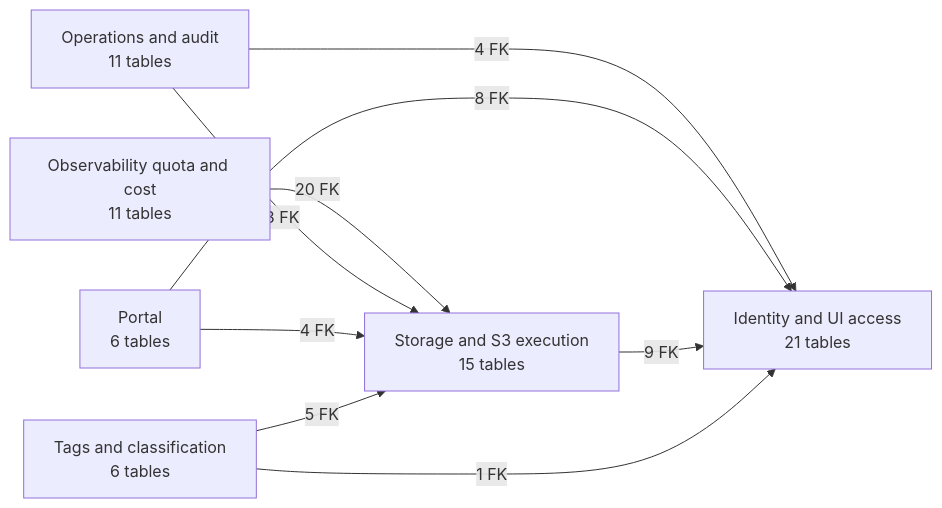
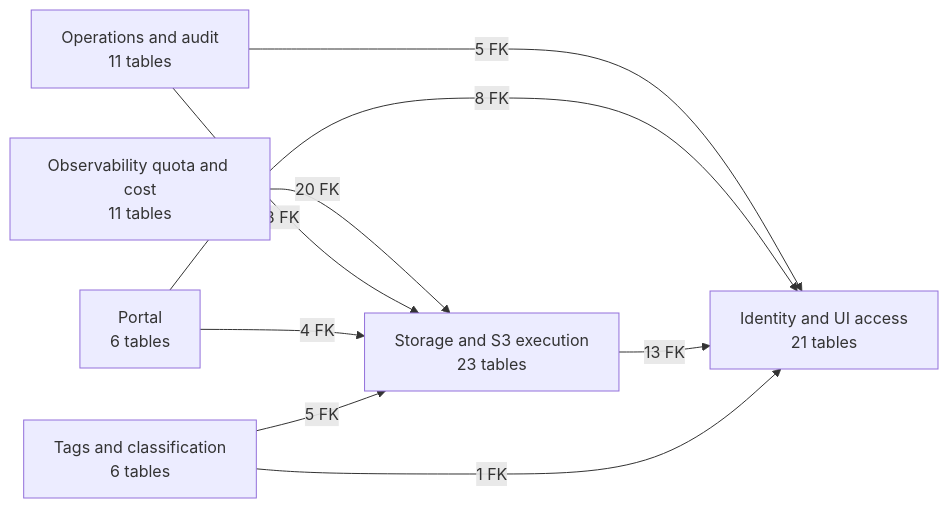
The diagram in doc/docs/developer/en/architecture/database-schema/overview.mmd (ksperis/bucketreef), drawn with Mermaid before and after one commit. The commit also changed 83 other files, not shown here.

```diff
--- a/doc/docs/developer/en/architecture/database-schema/overview.mmd
+++ b/doc/docs/developer/en/architecture/database-schema/overview.mmd
@@ -1,16 +1,16 @@
 flowchart LR
     %% Generated from backend/app/db SQLAlchemy models via app.db.Base.metadata.
     identity_ui_access["Identity and UI access<br/>21 tables"]
-    storage_s3_execution["Storage and S3 execution<br/>15 tables"]
+    storage_s3_execution["Storage and S3 execution<br/>23 tables"]
     tags_classification["Tags and classification<br/>6 tables"]
     portal["Portal<br/>6 tables"]
     operations_audit["Operations and audit<br/>11 tables"]
     observability_quota_cost["Observability quota and cost<br/>11 tables"]
     observability_quota_cost -->|"20 FK"| storage_s3_execution
-    operations_audit -->|"4 FK"| identity_ui_access
+    operations_audit -->|"5 FK"| identity_ui_access
     operations_audit -->|"3 FK"| storage_s3_execution
     portal -->|"8 FK"| identity_ui_access
     portal -->|"4 FK"| storage_s3_execution
-    storage_s3_execution -->|"9 FK"| identity_ui_access
+    storage_s3_execution -->|"13 FK"| identity_ui_access
     tags_classification -->|"1 FK"| identity_ui_access
     tags_classification -->|"5 FK"| storage_s3_execution
```
